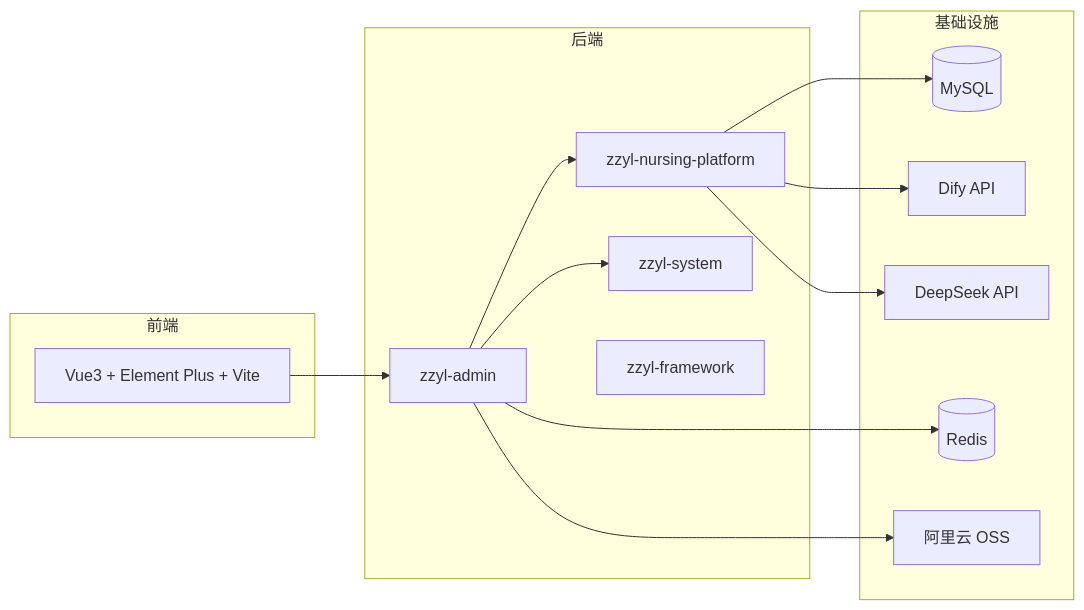
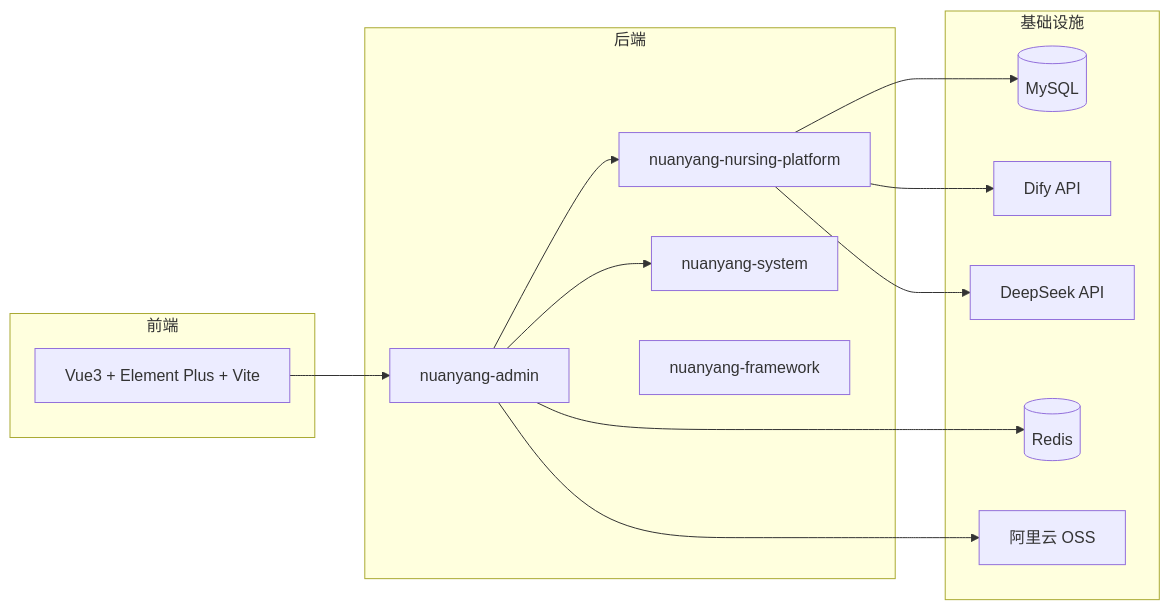
One commit to byte-love/nuanyang-eldercare changed the diagram in README.md. Above: the diagram before and after it, drawn with Mermaid. The commit also changed other lines of this file and 1386 other files, not shown here.

````diff
--- a/README.md
+++ b/README.md
@@ -90,27 +90,27 @@
 ```mermaid
 flowchart LR
   subgraph 前端
     UI[Vue3 + Element Plus + Vite]
   end
   subgraph 后端
-    Admin[zzyl-admin]
-    Nursing[zzyl-nursing-platform]
-    System[zzyl-system]
-    FW[zzyl-framework]
+    Admin[nuanyang-admin]
+    Nursing[nuanyang-nursing-platform]
+    System[nuanyang-system]
+    FW[nuanyang-framework]
   end
   subgraph 基础设施
     MySQL[(MySQL)]
     Redis[(Redis)]
     OSS[阿里云 OSS]
     Dify[Dify API]
     DS[DeepSeek API]
   end
   UI --> Admin
   Admin --> Nursing
   Admin --> System
   Nursing --> MySQL
   Nursing --> Dify
   Nursing --> DS
   Admin --> Redis
   Admin --> OSS
 ```
````
